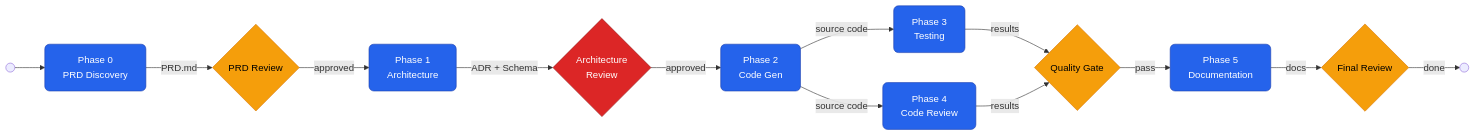
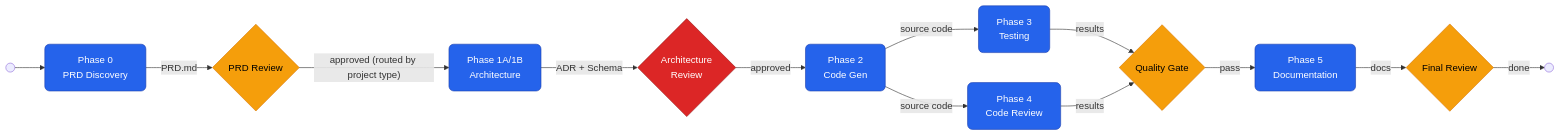
One commit to cody-test-org/datadict changed the diagram in README.md. Above: the diagram before and after it, drawn with Mermaid. The commit also changed other lines of this file and 9 other files, not shown here.

First line of the commit message:
Split architecture agent into greenfield (1A) and brownfield (1B)

````diff
--- a/README.md
+++ b/README.md
@@ -17,44 +17,44 @@
 ```mermaid
 graph LR
     Start((" ")) --> P0
 
     P0["Phase 0\nPRD Discovery"]
     P0 -- PRD.md --> R1
 
     R1{PRD Review}
-    R1 -- approved --> P1
+    R1 -- "approved (routed by project type)" --> P1
 
-    P1["Phase 1\nArchitecture"]
+    P1["Phase 1A/1B\nArchitecture"]
     P1 -- ADR + Schema --> C1
 
     C1{Architecture\nReview}
     C1 -- approved --> P2
 
     P2["Phase 2\nCode Gen"]
     P2 -- source code --> P3
     P2 -- source code --> P4
 
     P3["Phase 3\nTesting"]
     P4["Phase 4\nCode Review"]
 
     P3 -- results --> R2
     P4 -- results --> R2
 
     R2{Quality Gate}
     R2 -- pass --> P5
 
     P5["Phase 5\nDocumentation"]
     P5 -- docs --> FR
 
     FR{Final Review}
     FR -- done --> Done((" "))
 
     class P0,P1,P2,P3,P4,P5 phase
     class R1,FR recommended
     class C1 mandatory
     class R2 recommended
 
     classDef phase fill:#2563eb,stroke:#1e40af,color:#fff,rx:8,ry:8
     classDef mandatory fill:#dc2626,stroke:#991b1b,color:#fff
     classDef recommended fill:#f59e0b,stroke:#d97706,color:#000
 ```
````
